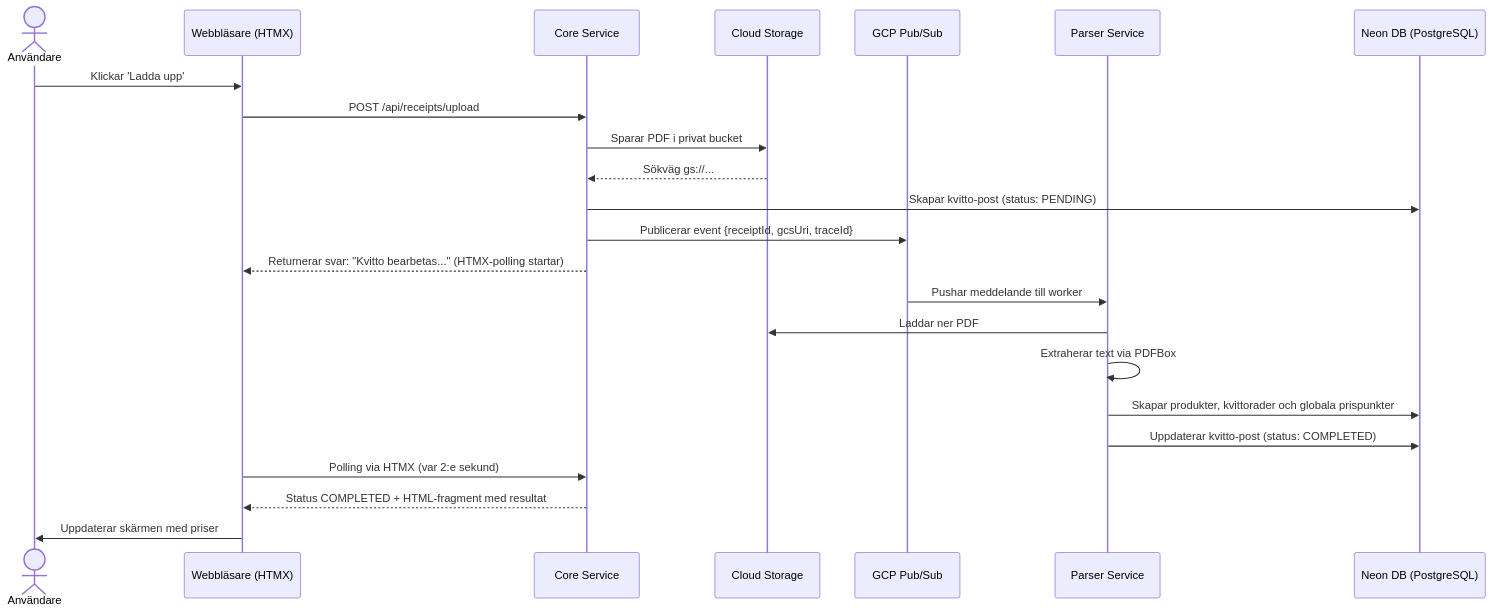
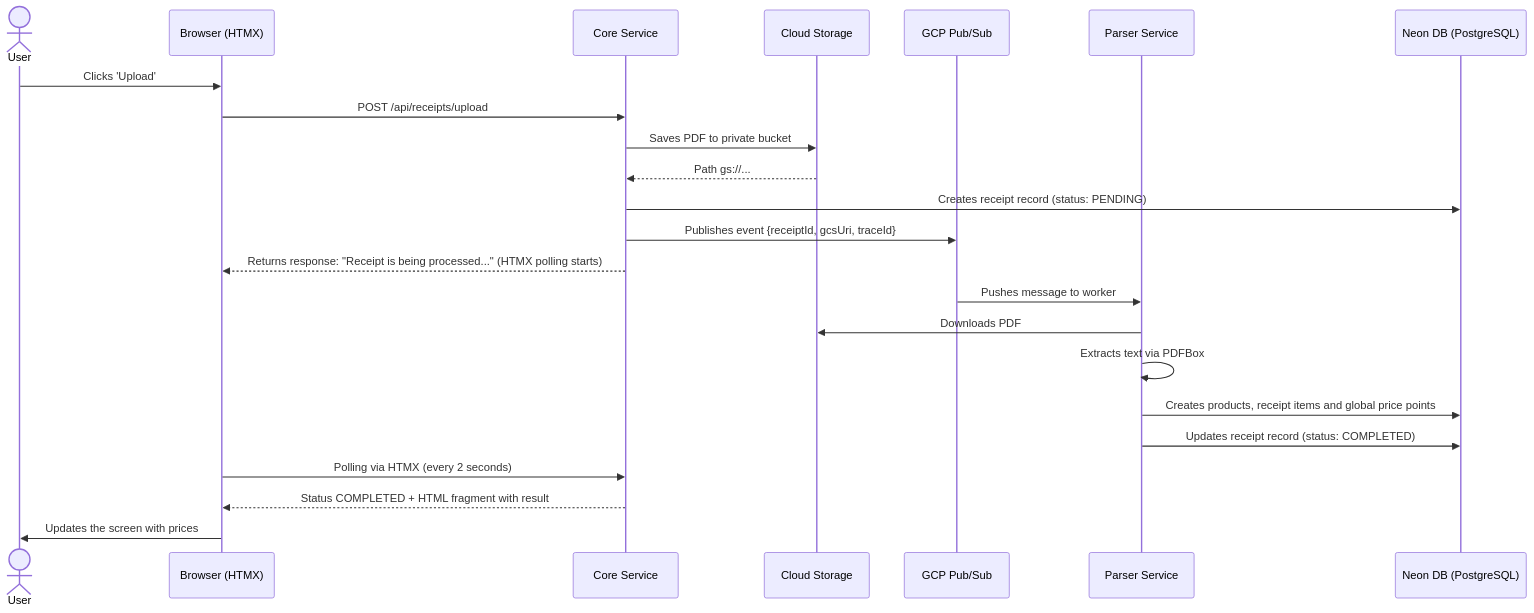
The fifth of 6 diagrams in architecture.md (pekelund-dev/matdata-2.0), drawn with Mermaid before and after one commit. The commit also changed other lines of this file and 4 other files, not shown here.

First line of the commit message:
Translate README, glossary, prestudy, architecture, NFR to English

````diff
--- a/architecture.md
+++ b/architecture.md
@@ -174,30 +174,30 @@
 ```mermaid
 sequenceDiagram
-    actor User as Användare
-    participant UI as Webbläsare (HTMX)
+    actor User as User
+    participant UI as Browser (HTMX)
     participant Core as Core Service
     participant GCS as Cloud Storage
     participant PubSub as GCP Pub/Sub
     participant Worker as Parser Service
     participant DB as Neon DB (PostgreSQL)
 
-    User->>UI: Klickar 'Ladda upp'
+    User->>UI: Clicks 'Upload'
     UI->>Core: POST /api/receipts/upload
 
-    Core->>GCS: Sparar PDF i privat bucket
-    GCS-->>Core: Sökväg gs://...
+    Core->>GCS: Saves PDF to private bucket
+    GCS-->>Core: Path gs://...
 
-    Core->>DB: Skapar kvitto-post (status: PENDING)
-    Core->>PubSub: Publicerar event {receiptId, gcsUri, traceId}
-    Core-->>UI: Returnerar svar: "Kvitto bearbetas..." (HTMX-polling startar)
+    Core->>DB: Creates receipt record (status: PENDING)
+    Core->>PubSub: Publishes event {receiptId, gcsUri, traceId}
+    Core-->>UI: Returns response: "Receipt is being processed..." (HTMX polling starts)
 
-    PubSub->>Worker: Pushar meddelande till worker
-    Worker->>GCS: Laddar ner PDF
-    Worker->>Worker: Extraherar text via PDFBox
-    Worker->>DB: Skapar produkter, kvittorader och globala prispunkter
-    Worker->>DB: Uppdaterar kvitto-post (status: COMPLETED)
+    PubSub->>Worker: Pushes message to worker
+    Worker->>GCS: Downloads PDF
+    Worker->>Worker: Extracts text via PDFBox
+    Worker->>DB: Creates products, receipt items and global price points
+    Worker->>DB: Updates receipt record (status: COMPLETED)
 
-    UI->>Core: Polling via HTMX (var 2:e sekund)
-    Core-->>UI: Status COMPLETED + HTML-fragment med resultat
-    UI->>User: Uppdaterar skärmen med priser
+    UI->>Core: Polling via HTMX (every 2 seconds)
+    Core-->>UI: Status COMPLETED + HTML fragment with result
+    UI->>User: Updates the screen with prices
 ```
````
